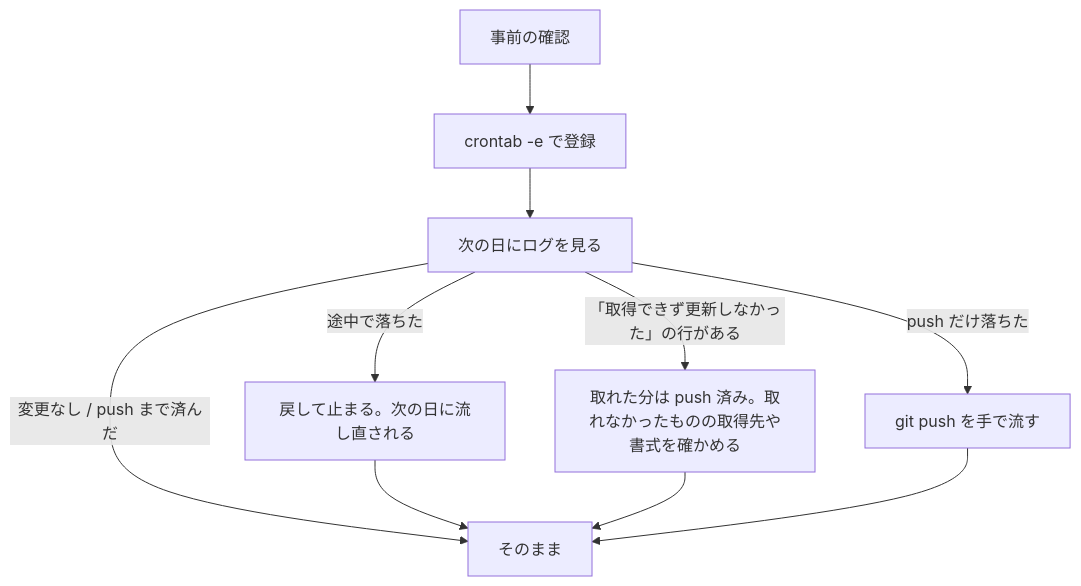
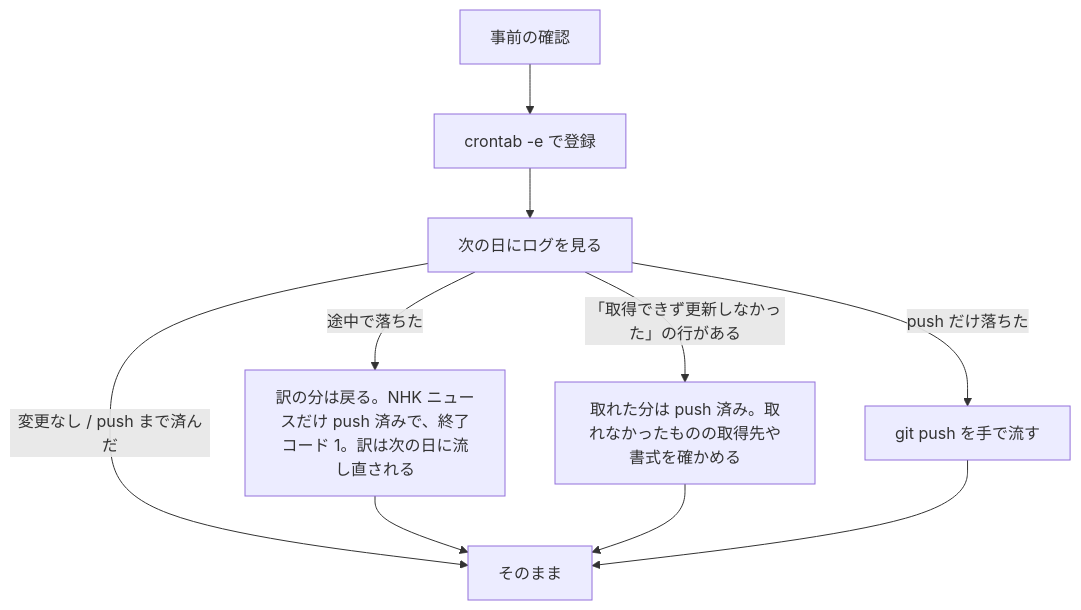
One commit to ytani01/jp-long-typing changed the second of 2 diagrams in docs/update-release-notes.md. Above: the diagram before and after it, drawn with Mermaid. The commit also changed other lines of this file, not shown here.

First line of the commit message:
docs(news): run が落ちた日も NHK ニュースは commit する記述に揃える（TODO-039）

````diff
--- a/docs/update-release-notes.md
+++ b/docs/update-release-notes.md
@@ -95,8 +95,8 @@
 ```mermaid
 flowchart TD
   A[事前の確認] --> B["crontab -e で登録"] --> C[次の日にログを見る]
   C -->|変更なし / push まで済んだ| D[そのまま]
-  C -->|途中で落ちた| F[戻して止まる。次の日に流し直される] --> D
+  C -->|途中で落ちた| F[訳の分は戻る。NHK ニュースだけ push 済みで、終了コード 1。訳は次の日に流し直される] --> D
   C -->|「取得できず更新しなかった」の行がある| G[取れた分は push 済み。取れなかったものの取得先や書式を確かめる] --> D
   C -->|push だけ落ちた| E["git push を手で流す"] --> D
 ```
````
